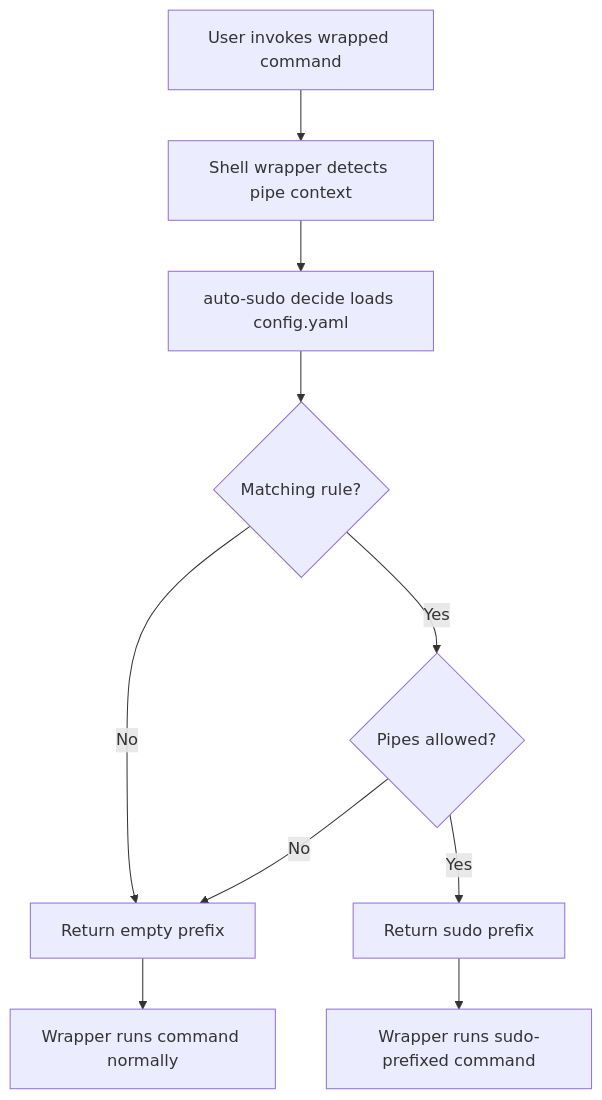
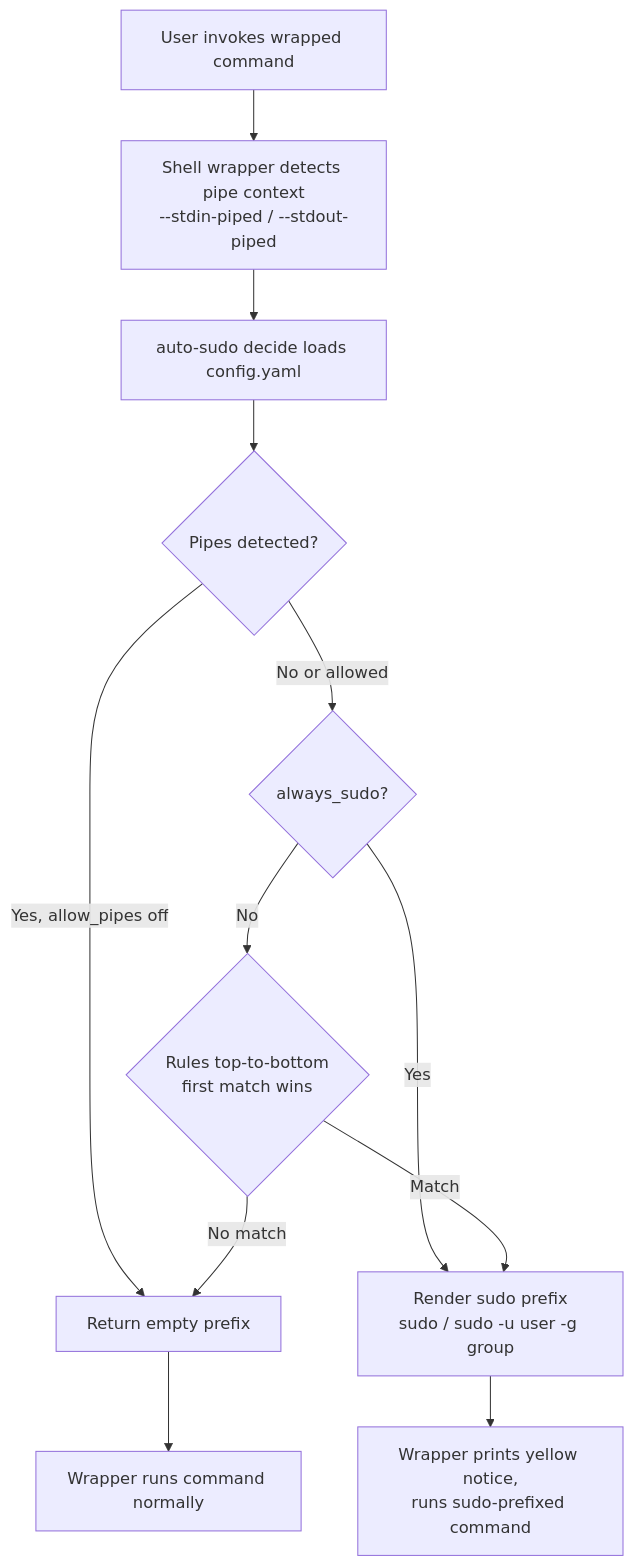
One commit to the-robot-lives/auto-sudo changed the diagram in docs/PROJ-ARCH.md. Above: the diagram before and after it, drawn with Mermaid. The commit also changed other lines of this file and 5 other files, not shown here.

Commit message:
docs: refresh PROJ-LAYOUT/SCHEMA/ARCH docs (2026-09-01 doc sweep)

````diff
--- a/docs/PROJ-ARCH.md
+++ b/docs/PROJ-ARCH.md
@@ -12,12 +14,14 @@
 ```mermaid
 flowchart TD
-    A[User invokes wrapped command] --> B[Shell wrapper detects pipe context]
+    A[User invokes wrapped command] --> B[Shell wrapper detects pipe context<br/>--stdin-piped / --stdout-piped]
     B --> C[auto-sudo decide loads config.yaml]
-    C --> D{Matching rule?}
-    D -- No --> E[Return empty prefix]
-    D -- Yes --> F{Pipes allowed?}
-    F -- No --> E
-    F -- Yes --> G[Return sudo prefix]
+    C --> P{Pipes detected?}
+    P -- Yes, allow_pipes off --> E[Return empty prefix]
+    P -- No or allowed --> AL{always_sudo?}
+    AL -- Yes --> G[Render sudo prefix<br/>sudo / sudo -u user -g group]
+    AL -- No --> D{Rules top-to-bottom<br/>first match wins}
+    D -- No match --> E
+    D -- Match --> G
     E --> H[Wrapper runs command normally]
-    G --> I[Wrapper runs sudo-prefixed command]
+    G --> I[Wrapper prints yellow notice,<br/>runs sudo-prefixed command]
 ```
````
